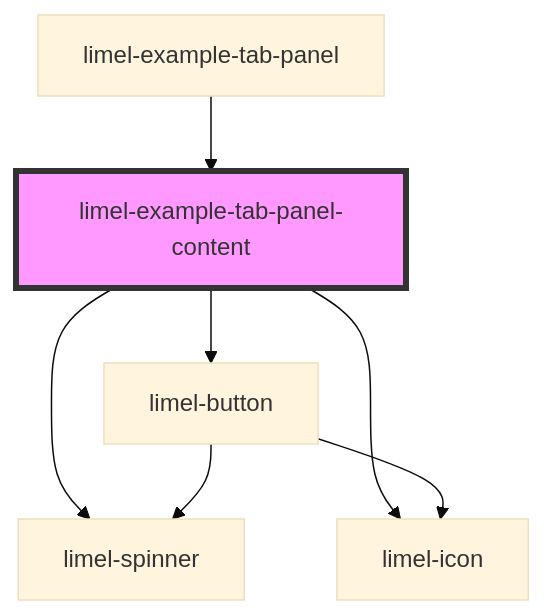
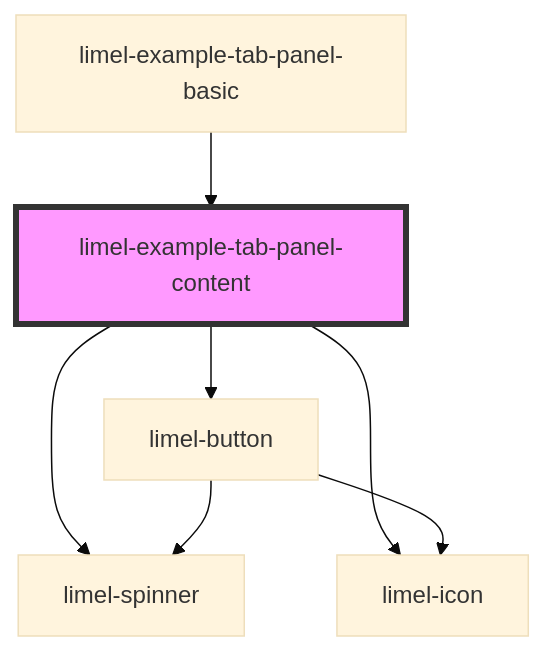
Before and after one commit to Lundalogik/lime-elements: the diagram in versions/PR-3981/markdown-docs/components/tab-panel/examples/readme.md, drawn with Mermaid (base theme). The commit also changed other lines of this file and 211 other files, not shown here.

````diff
--- a/versions/PR-3981/markdown-docs/components/tab-panel/examples/readme.md
+++ b/versions/PR-3981/markdown-docs/components/tab-panel/examples/readme.md
@@ -32,10 +32,10 @@
 ```mermaid
 graph TD;
   limel-example-tab-panel-content --> limel-spinner
   limel-example-tab-panel-content --> limel-icon
   limel-example-tab-panel-content --> limel-button
   limel-button --> limel-icon
   limel-button --> limel-spinner
-  limel-example-tab-panel --> limel-example-tab-panel-content
+  limel-example-tab-panel-basic --> limel-example-tab-panel-content
   style limel-example-tab-panel-content fill:#f9f,stroke:#333,stroke-width:4px
 ```
````
